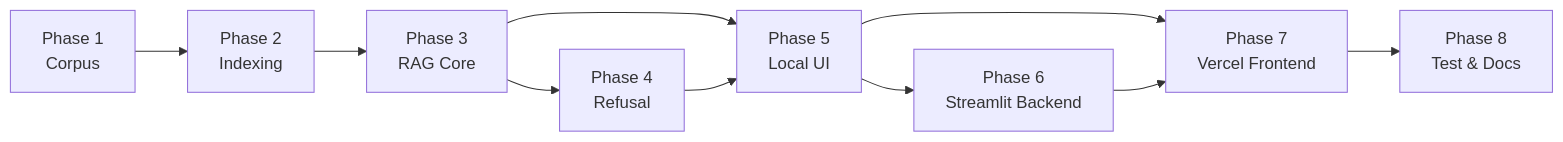
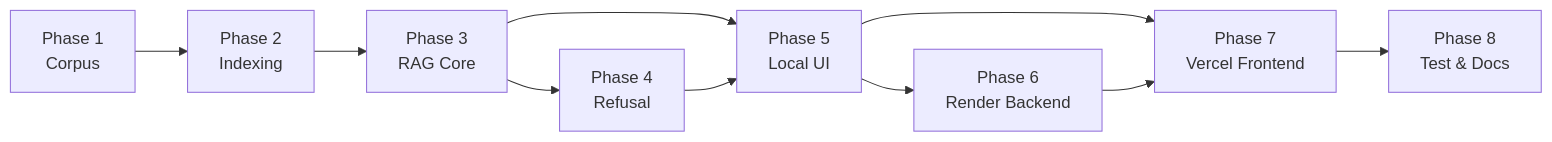
One commit to tejas2904-RM/P1-RAGBot changed the eighth of 8 diagrams in Docs/PhaseWiseArchitecture.md. Above: the diagram before and after it, drawn with Mermaid. The commit also changed other lines of this file and 24 other files, not shown here.

First line of the commit message:
Deploy Phase 6 on Render and Phase 7 on Vercel.

````diff
--- a/Docs/PhaseWiseArchitecture.md
+++ b/Docs/PhaseWiseArchitecture.md
@@ -1217,12 +1219,12 @@
 ```mermaid
 flowchart LR
     P1[Phase 1<br/>Corpus] --> P2[Phase 2<br/>Indexing]
     P2 --> P3[Phase 3<br/>RAG Core]
     P3 --> P4[Phase 4<br/>Refusal]
     P3 --> P5[Phase 5<br/>Local UI]
     P4 --> P5
-    P5 --> P6[Phase 6<br/>Streamlit Backend]
+    P5 --> P6[Phase 6<br/>Render Backend]
     P5 --> P7[Phase 7<br/>Vercel Frontend]
     P6 --> P7
     P7 --> P8[Phase 8<br/>Test & Docs]
 ```
````
